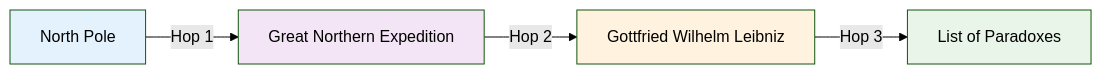
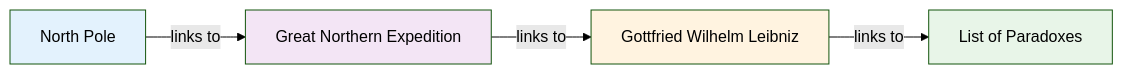
One commit to typex1/aws-graphs changed the fourth of 5 diagrams in aws-graphs.md. Above: the diagram before and after it, drawn with Mermaid (forest theme). The commit also changed other lines of this file, not shown here.

````diff
--- a/aws-graphs.md
+++ b/aws-graphs.md
@@ -101,16 +101,16 @@
 ```mermaid
 graph LR
     NP[North Pole]
     GNE[Great Northern Expedition]
     GWL[Gottfried Wilhelm Leibniz]
     LP[List of Paradoxes]
     
-    NP -->|Hop 1| GNE
-    GNE -->|Hop 2| GWL
-    GWL -->|Hop 3| LP
+    NP -->|links to| GNE
+    GNE -->|links to| GWL
+    GWL -->|links to| LP
     
     style NP fill:#e3f2fd
     style GNE fill:#f3e5f5
     style GWL fill:#fff3e0
     style LP fill:#e8f5e8
 ```
````
